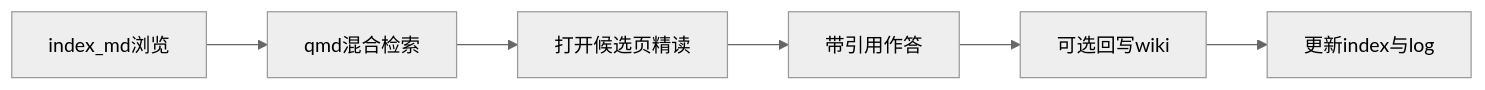
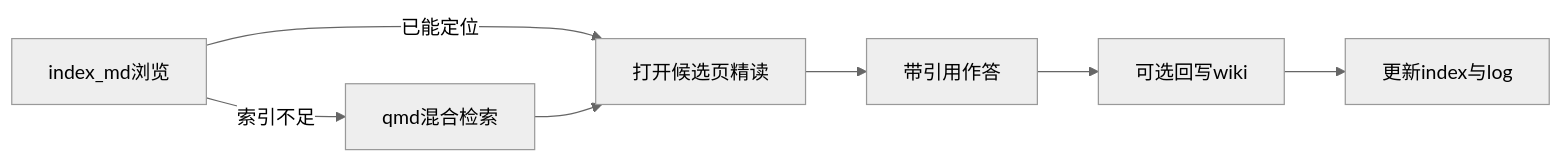
One commit to DudeYouth/llm_wiki changed the diagram in .cursor/SKILL/llm-wiki-pattern/SKILL.md. Above: the diagram before and after it, drawn with Mermaid (neutral theme). The commit also changed other lines of this file, not shown here.

Commit message:
进一步优化skill

````diff
--- a/.cursor/SKILL/llm-wiki-pattern/SKILL.md
+++ b/.cursor/SKILL/llm-wiki-pattern/SKILL.md
@@ -220,14 +220,15 @@
 ```mermaid
 flowchart LR
   index[index_md浏览]
   qmd[qmd混合检索]
   read[打开候选页精读]
   answer[带引用作答]
   backfill[可选回写wiki]
-  log[更新index与log]
-  index --> qmd
+  logUpdate[更新index与log]
+  index -->|"索引不足"| qmd
+  index -->|"已能定位"| read
   qmd --> read
   read --> answer
   answer --> backfill
-  backfill --> log
+  backfill --> logUpdate
 ```
````
